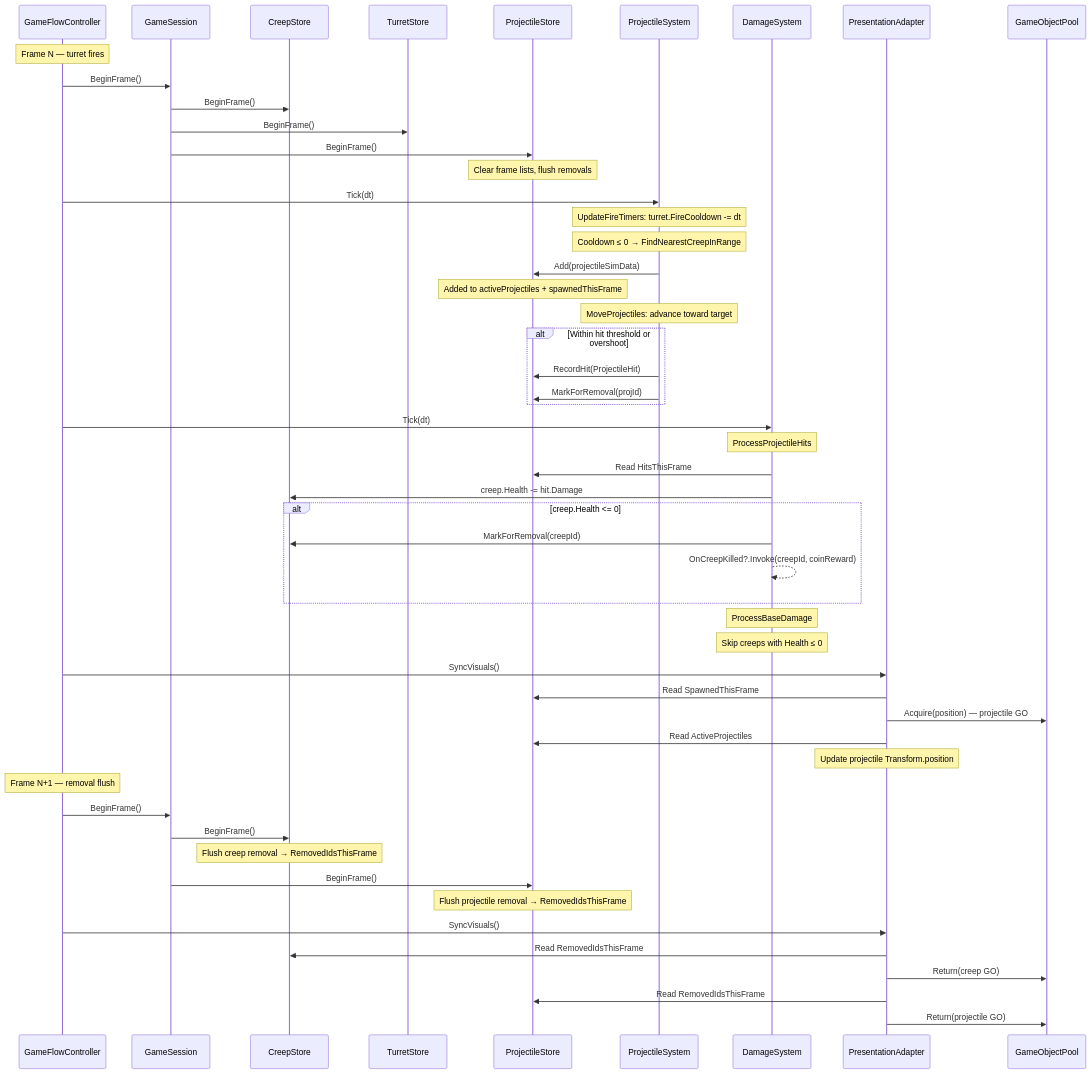
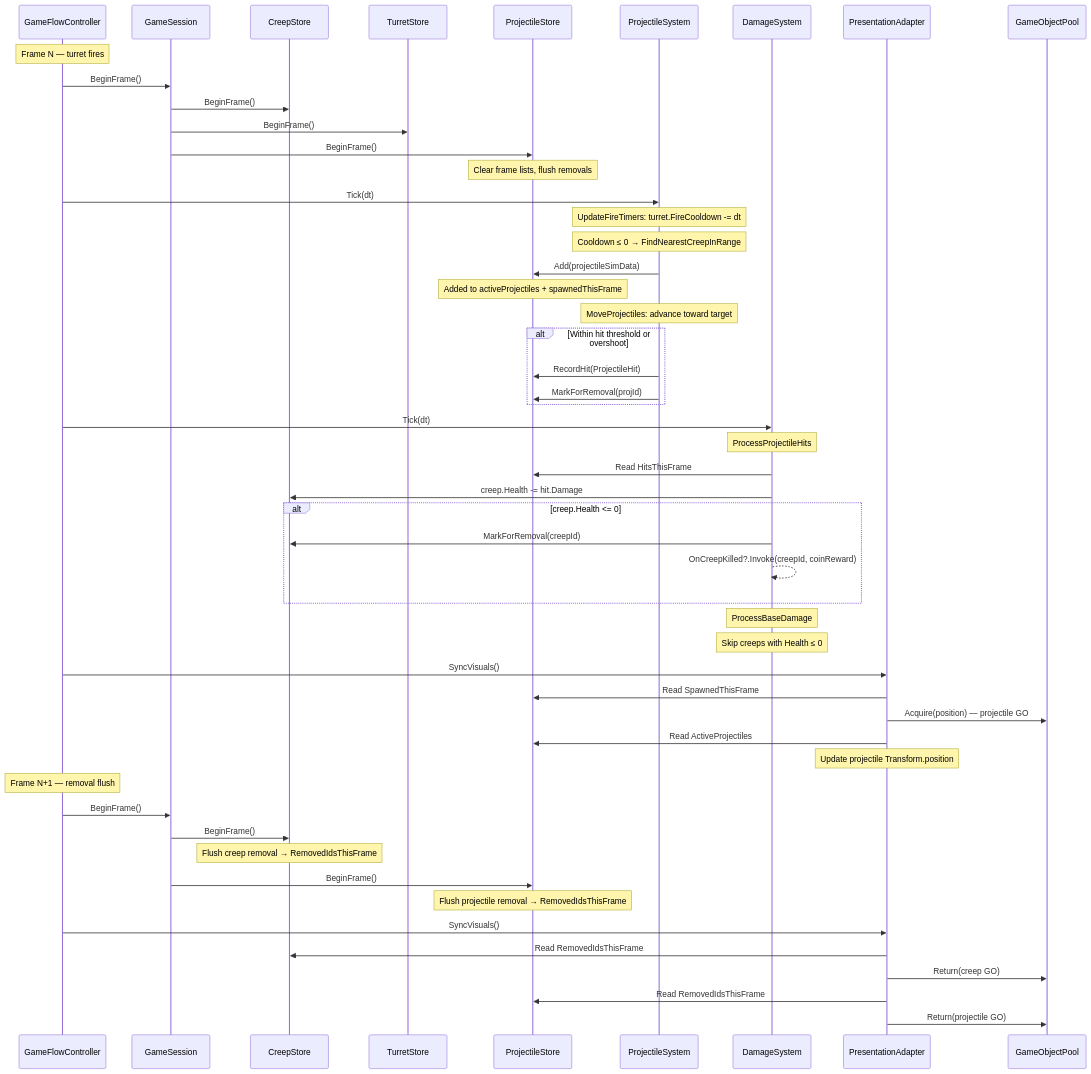
One commit to Number10Ox/MorlocsTowerDefense changed diagram 13 of 17 in Docs/Architecture-Diagrams.md. Above: the diagram before and after it, drawn with Mermaid. The commit also changed other lines of this file and 53 other files, not shown here.

````diff
--- a/Docs/Architecture-Diagrams.md
+++ b/Docs/Architecture-Diagrams.md
@@ -951,64 +958,64 @@
 ```mermaid
 sequenceDiagram
     participant Bootstrap as GameFlowController
     participant Session as GameSession
     participant CStore as CreepStore
     participant TStore as TurretStore
     participant PStore as ProjectileStore
     participant ProjSys as ProjectileSystem
     participant DmgSys as DamageSystem
     participant Pres as PresentationAdapter
     participant Pool as GameObjectPool
 
     Note over Bootstrap: Frame N — turret fires
 
     Bootstrap->>Session: BeginFrame()
     Session->>CStore: BeginFrame()
     Session->>TStore: BeginFrame()
     Session->>PStore: BeginFrame()
-    Note over PStore: Clear frame lists‚ flush removals
+    Note over PStore: Clear frame lists, flush removals
 
     Bootstrap->>ProjSys: Tick(dt)
     Note over ProjSys: UpdateFireTimers: turret.FireCooldown -= dt
     Note over ProjSys: Cooldown ≤ 0 → FindNearestCreepInRange
     ProjSys->>PStore: Add(projectileSimData)
     Note over PStore: Added to activeProjectiles + spawnedThisFrame
 
     Note over ProjSys: MoveProjectiles: advance toward target
     alt Within hit threshold or overshoot
         ProjSys->>PStore: RecordHit(ProjectileHit)
         ProjSys->>PStore: MarkForRemoval(projId)
     end
 
     Bootstrap->>DmgSys: Tick(dt)
     Note over DmgSys: ProcessProjectileHits
     DmgSys->>PStore: Read HitsThisFrame
     DmgSys->>CStore: creep.Health -= hit.Damage
     alt creep.Health <= 0
         DmgSys->>CStore: MarkForRemoval(creepId)
-        DmgSys-->>DmgSys: OnCreepKilled?.Invoke(creepId‚ coinReward)
+        DmgSys-->>DmgSys: OnCreepKilled?.Invoke(creepId, coinReward)
     end
 
     Note over DmgSys: ProcessBaseDamage
     Note over DmgSys: Skip creeps with Health ≤ 0
 
     Bootstrap->>Pres: SyncVisuals()
     Pres->>PStore: Read SpawnedThisFrame
     Pres->>Pool: Acquire(position) — projectile GO
     Pres->>PStore: Read ActiveProjectiles
     Note over Pres: Update projectile Transform.position
 
     Note over Bootstrap: Frame N+1 — removal flush
 
     Bootstrap->>Session: BeginFrame()
     Session->>CStore: BeginFrame()
     Note over CStore: Flush creep removal → RemovedIdsThisFrame
     Session->>PStore: BeginFrame()
     Note over PStore: Flush projectile removal → RemovedIdsThisFrame
 
     Bootstrap->>Pres: SyncVisuals()
     Pres->>CStore: Read RemovedIdsThisFrame
     Pres->>Pool: Return(creep GO)
     Pres->>PStore: Read RemovedIdsThisFrame
     Pres->>Pool: Return(projectile GO)
 ```
````
